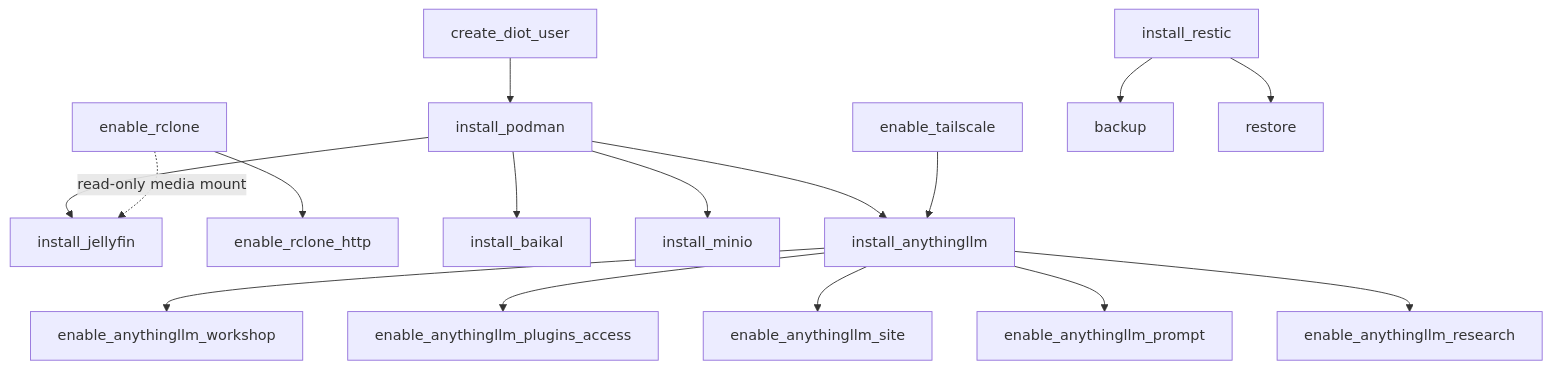
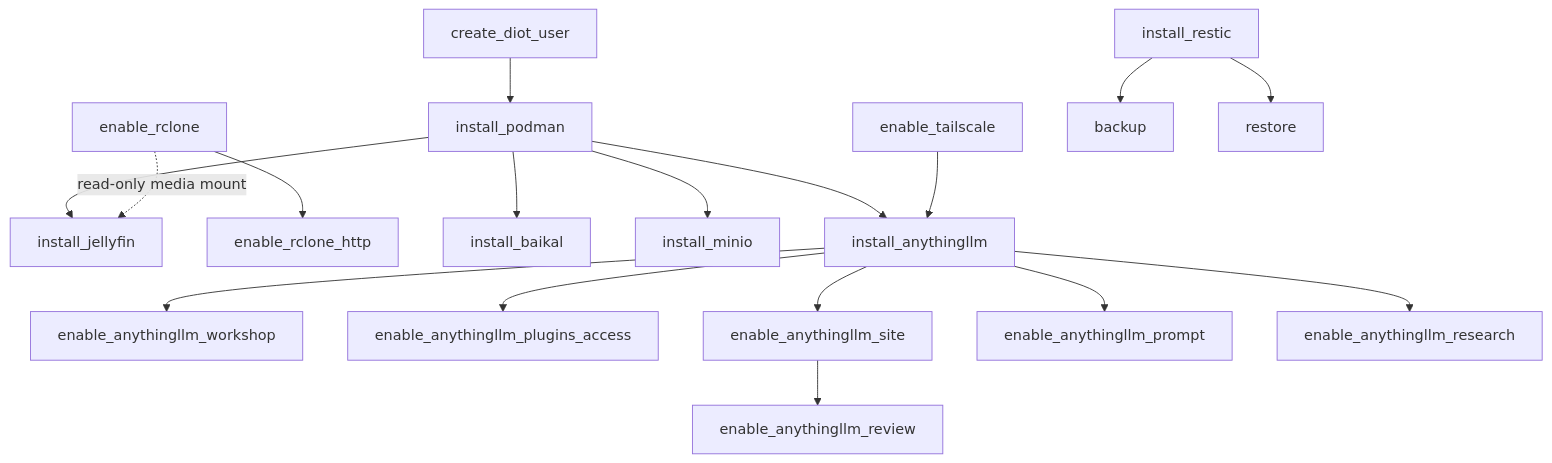
Before and after one commit to BinaryBand/strata: the diagram in README.md, drawn with Mermaid. The commit also changed other lines of this file and 8 other files, not shown here.

````diff
--- a/README.md
+++ b/README.md
@@ -96,18 +96,19 @@
 ```mermaid
 flowchart TD
     diot[create_diot_user] --> podman[install_podman]
     podman --> jellyfin[install_jellyfin]
     rclone[enable_rclone] -. read-only media mount .-> jellyfin
     rclone --> rclone_http[enable_rclone_http]
     podman --> baikal[install_baikal]
     podman --> minio[install_minio]
     podman --> anythingllm[install_anythingllm]
     tailscale[enable_tailscale] --> anythingllm
     anythingllm --> anythingllm_workshop[enable_anythingllm_workshop]
     anythingllm --> anythingllm_plugins_access[enable_anythingllm_plugins_access]
     anythingllm --> anythingllm_site[enable_anythingllm_site]
     anythingllm --> anythingllm_prompt[enable_anythingllm_prompt]
     anythingllm --> anythingllm_research[enable_anythingllm_research]
+    anythingllm_site --> anythingllm_review[enable_anythingllm_review]
     restic[install_restic] --> backup[backup]
     restic --> restore[restore]
 ```
````
